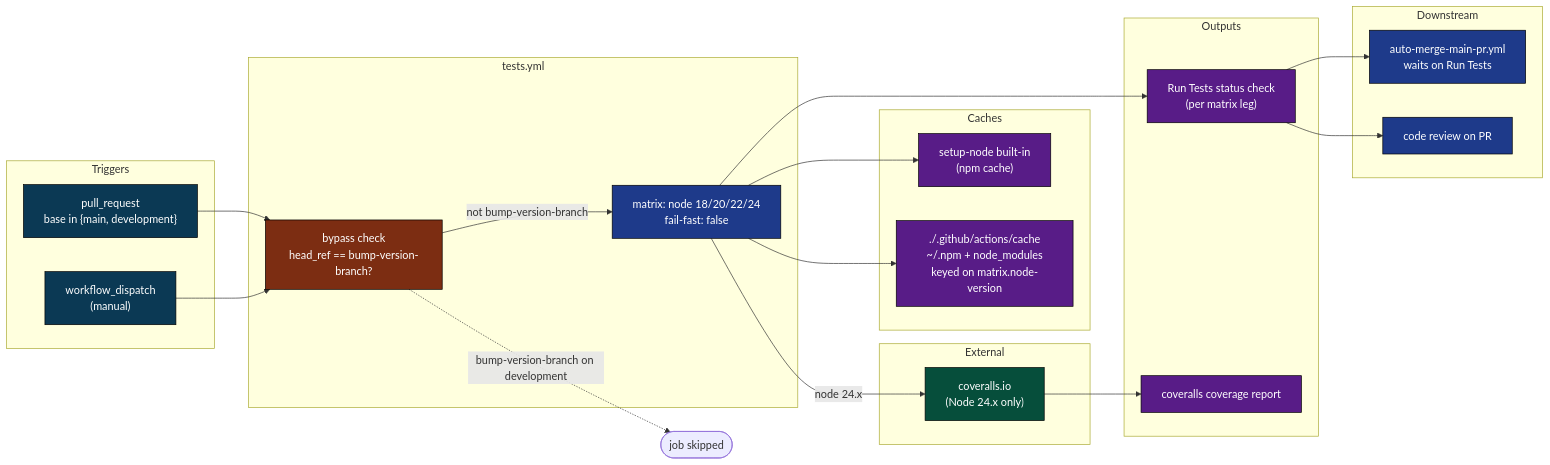
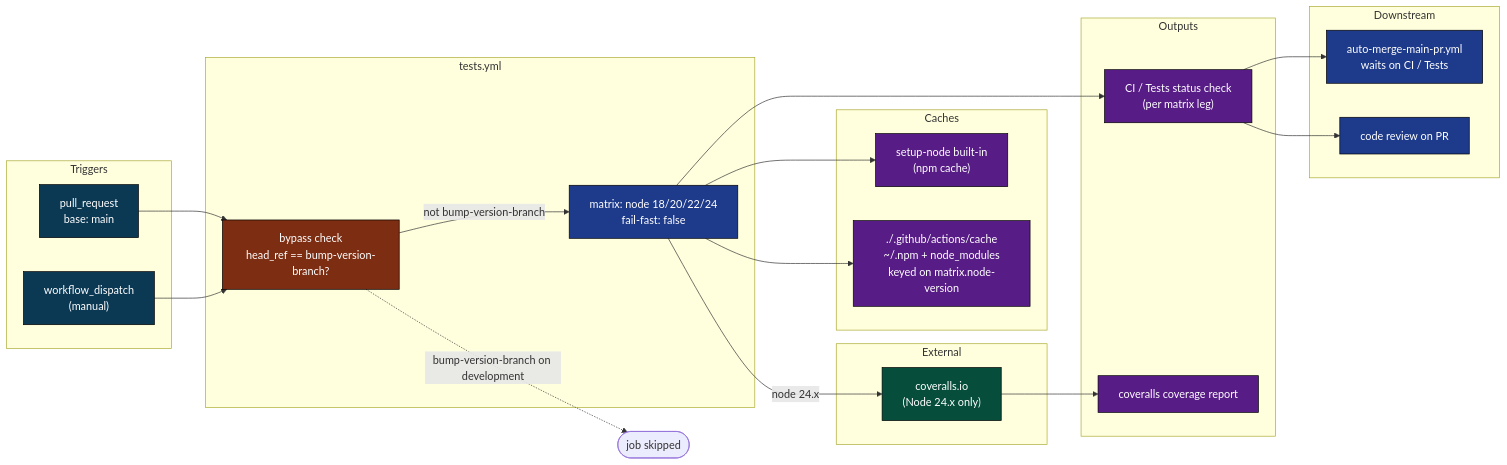
Before and after one commit to gregreindel/llm-exe: the first of 9 diagrams in .github/docs/TESTS_DEEP_DIVE.md, drawn with Mermaid. The commit also changed other lines of this file and 5 other files, not shown here.

````diff
--- a/.github/docs/TESTS_DEEP_DIVE.md
+++ b/.github/docs/TESTS_DEEP_DIVE.md
@@ -25,49 +25,49 @@
 ```mermaid
 flowchart LR
     classDef trig fill:#0b3954,color:#fff,stroke:#000
     classDef gate fill:#7c2d12,color:#fff,stroke:#000
     classDef job fill:#1e3a8a,color:#fff,stroke:#000
     classDef ext fill:#064e3b,color:#fff,stroke:#000
     classDef out fill:#581c87,color:#fff,stroke:#000
 
     subgraph T["Triggers"]
-        t1["pull_request\nbase in {main, development}"]:::trig
+        t1["pull_request\nbase: main"]:::trig
         t2["workflow_dispatch\n(manual)"]:::trig
     end
 
     subgraph A["tests.yml"]
         BY["bypass check\nhead_ref == bump-version-branch?"]:::gate
         M["matrix: node 18/20/22/24\nfail-fast: false"]:::job
     end
 
     subgraph C["Caches"]
         c1["setup-node built-in\n(npm cache)"]:::out
         c2["./.github/actions/cache\n~/.npm + node_modules\nkeyed on matrix.node-version"]:::out
     end
 
     subgraph X["External"]
         cov["coveralls.io\n(Node 24.x only)"]:::ext
     end
 
     subgraph O["Outputs"]
-        sc["Run Tests status check\n(per matrix leg)"]:::out
+        sc["CI / Tests status check\n(per matrix leg)"]:::out
         rep["coveralls coverage report"]:::out
     end
 
     subgraph D["Downstream"]
-        am["auto-merge-main-pr.yml\nwaits on Run Tests"]:::job
+        am["auto-merge-main-pr.yml\nwaits on CI / Tests"]:::job
         rev["code review on PR"]:::job
     end
 
     t1 --> BY
     t2 --> BY
     BY -->|not bump-version-branch| M
     BY -.->|bump-version-branch on development| skip(["job skipped"])
     M --> c1
     M --> c2
     M --> sc
     M -->|node 24.x| cov
     cov --> rep
     sc --> am
     sc --> rev
 ```
````
